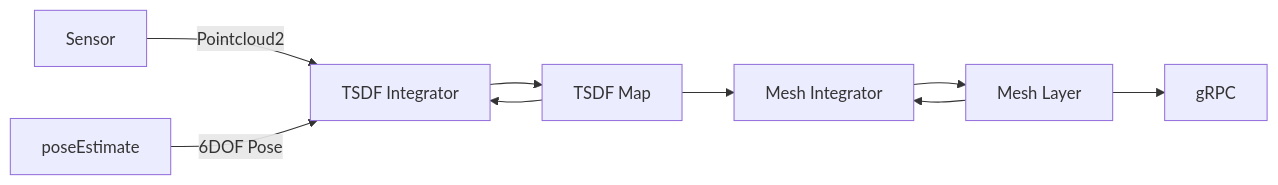
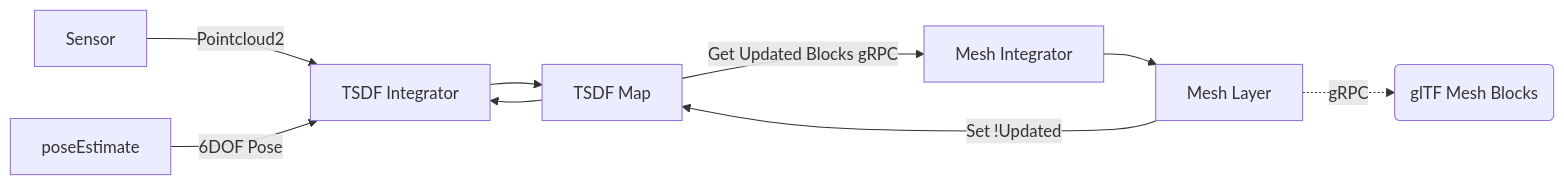
Before and after one commit to swarmt/go-voxblox: the diagram in README.md, drawn with Mermaid.

````diff
--- a/README.md
+++ b/README.md
@@ -10,14 +10,14 @@
 ```mermaid
 graph LR
   tsdfIntegrator[TSDF Integrator]
   tsdfMap[TSDF Map]
   meshIntegrator[Mesh Integrator]
   meshLayer[Mesh Layer]
 
   Sensor -- Pointcloud2 --> tsdfIntegrator
   poseEstimate -- 6DOF Pose --> tsdfIntegrator
   tsdfIntegrator --> tsdfMap --> tsdfIntegrator
-  tsdfMap --> meshIntegrator
-  meshIntegrator --> meshLayer --> meshIntegrator
-  meshLayer --> gRPC 
+  tsdfMap -- Get Updated Blocks gRPC --> meshIntegrator
+  meshLayer -- Set !Updated --> tsdfMap
+  meshIntegrator --> meshLayer -. gRPC .-> glTF(glTF Mesh Blocks)
 ```
````
